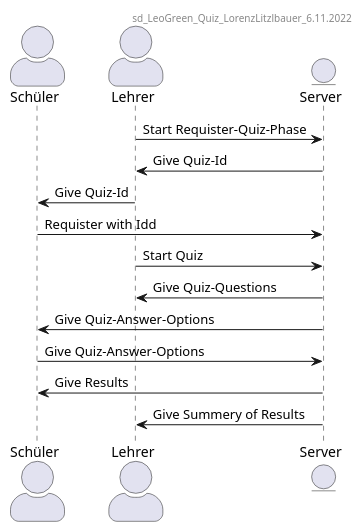
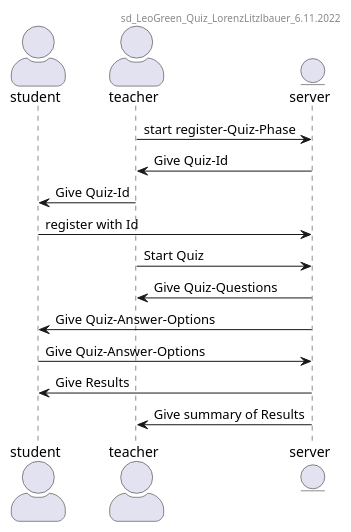
One commit to Zwerg93/LeoGreen changed the diagram in planning/sd_LeoGreen_Quiz.puml. Above: the diagram before and after it, drawn with PlantUML.

```diff
--- a/planning/sd_LeoGreen_Quiz.puml
+++ b/planning/sd_LeoGreen_Quiz.puml
@@ -1,21 +1,21 @@
 @startuml LeoGreen_Quiz
 skinparam actorStyle awesome
 
 header sd_LeoGreen_Quiz_LorenzLitzlbauer_6.11.2022
 
-actor Schüler as sü
-actor Lehrer as l
-entity Server as se
+actor student as sü
+actor teacher as l
+entity server as se
 
-l -> se : Start Requister-Quiz-Phase 
+l -> se : start register-Quiz-Phase 
 se -> l : Give Quiz-Id
 l -> sü : Give Quiz-Id
-sü -> se : Requister with Idd
+sü -> se : register with Id
 l -> se : Start Quiz
 se -> l : Give Quiz-Questions
 se -> sü : Give Quiz-Answer-Options
 sü -> se : Give Quiz-Answer-Options
 se -> sü : Give Results
-se -> l : Give Summery of Results
+se -> l : Give summary of Results
 
 @enduml
```
